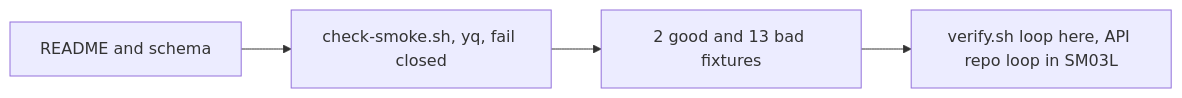
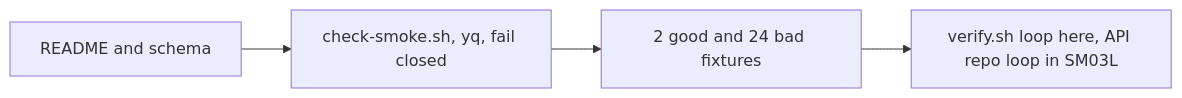
Before and after one commit to svennijhuis/agentic-workflows: the second of 2 diagrams in docs/pbi/done/SM01.md, drawn with Mermaid. The commit also changed other lines of this file and 20 other files, not shown here.

````diff
--- a/docs/pbi/done/SM01.md
+++ b/docs/pbi/done/SM01.md
@@ -64,6 +68,6 @@
 ```mermaid
 flowchart LR
   S1[README and schema] --> S2[check-smoke.sh, yq, fail closed]
-  S2 --> S3[2 good and 13 bad fixtures]
+  S2 --> S3[2 good and 24 bad fixtures]
   S3 --> S4[verify.sh loop here, API repo loop in SM03L]
 ```
````
